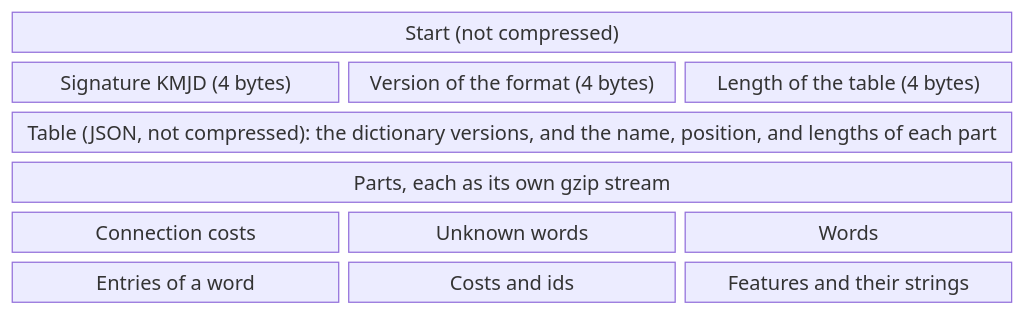
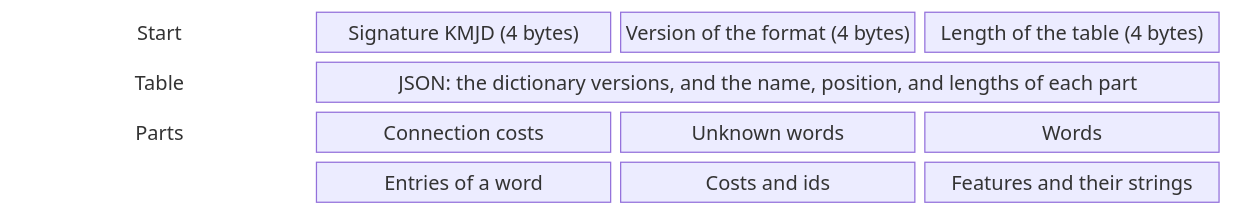
Before and after one commit to azu/kuromojin: the first of 4 diagrams in docs/products/kuromojin/features/dictionary/design.md, drawn with Mermaid. The commit also changed other lines of this file and 1 other file, not shown here.

Commit message:
docs: name the regions of the file beside the diagram
Claude-Session: https://claude.ai/code/session_01TSdrAH6Tzz3ZGQ3oqCpGZ5

````diff
--- a/docs/products/kuromojin/features/dictionary/design.md
+++ b/docs/products/kuromojin/features/dictionary/design.md
@@ -78,10 +78,11 @@
 ```mermaid
 block-beta
-    columns 3
-    h["Start (not compressed)"]:3
-    s["Signature KMJD (4 bytes)"] v["Version of the format (4 bytes)"] l["Length of the table (4 bytes)"]
-    t["Table (JSON, not compressed): the dictionary versions, and the name, position, and lengths of each part"]:3
-    ph["Parts, each as its own gzip stream"]:3
-    p1["Connection costs"] p2["Unknown words"] p3["Words"]
-    p4["Entries of a word"] p5["Costs and ids"] p6["Features and their strings"]
+    columns 4
+    a["Start"] s["Signature KMJD (4 bytes)"] v["Version of the format (4 bytes)"] l["Length of the table (4 bytes)"]
+    b["Table"] t["JSON: the dictionary versions, and the name, position, and lengths of each part"]:3
+    c["Parts"] p1["Connection costs"] p2["Unknown words"] p3["Words"]
+    space p4["Entries of a word"] p5["Costs and ids"] p6["Features and their strings"]
+    style a fill:none,stroke:none
+    style b fill:none,stroke:none
+    style c fill:none,stroke:none
 ```
````
